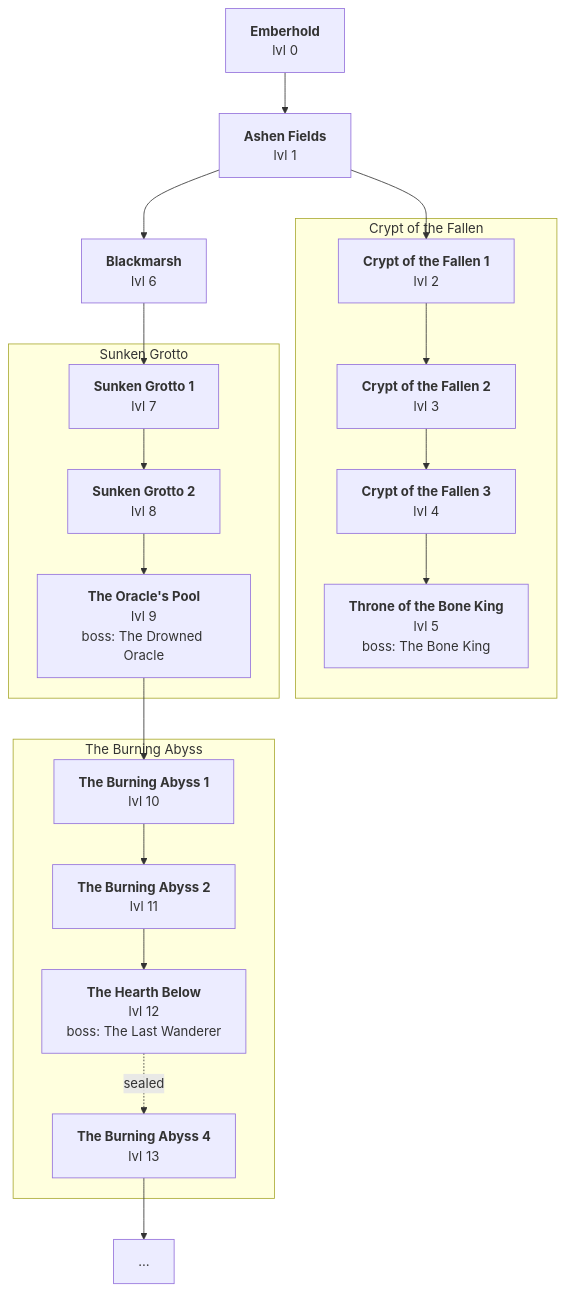
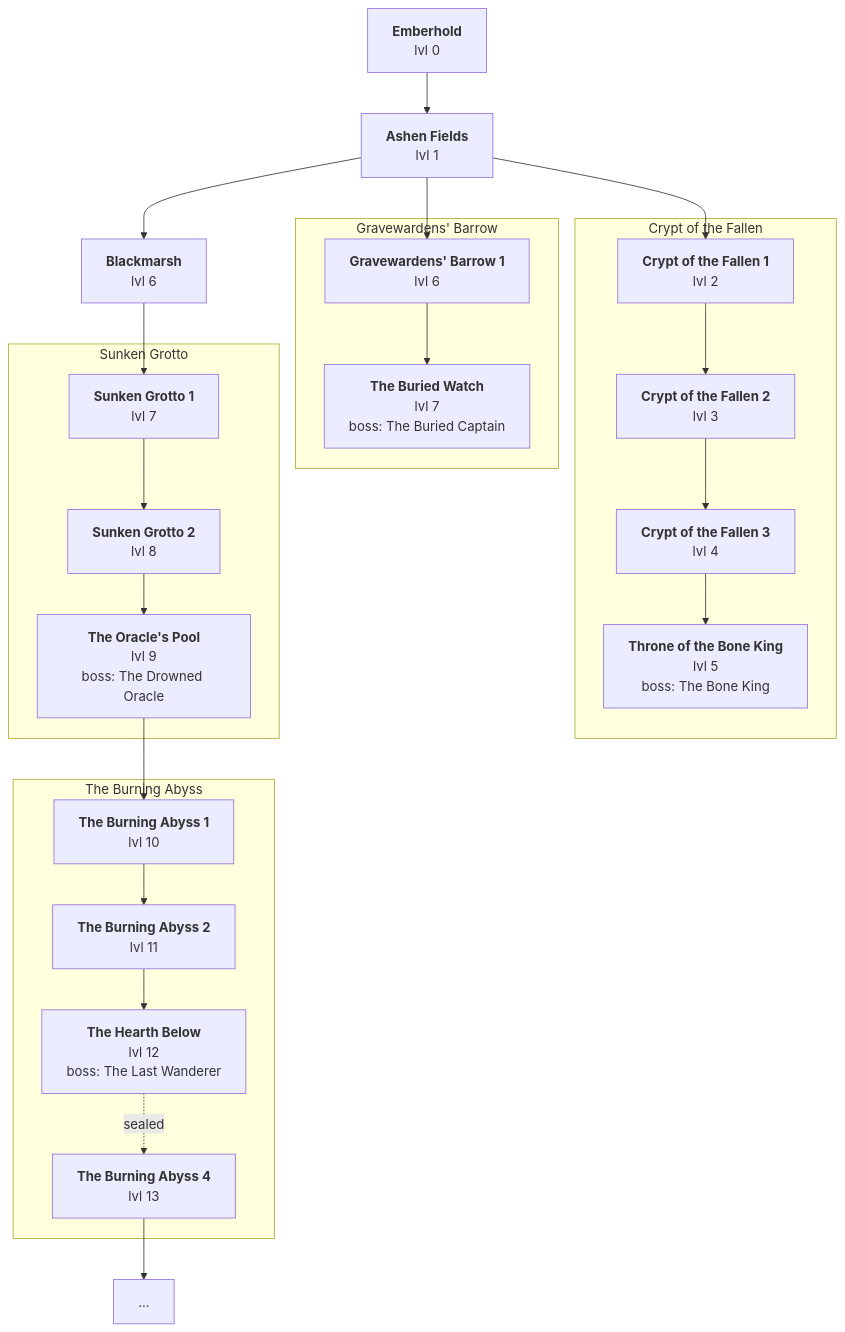
One commit to antonmedv/termablo changed the diagram in docs/world.md. Above: the diagram before and after it, drawn with Mermaid. The commit also changed 26 other files, not shown here.

First line of the commit message:
feat: the Gravewardens' Barrow, a side dungeon in the south fields

````diff
--- a/docs/world.md
+++ b/docs/world.md
@@ -5,37 +5,43 @@
 ```mermaid
 flowchart TD
     town["<b>Emberhold</b><br/>lvl 0"]
     fields["<b>Ashen Fields</b><br/>lvl 1"]
     marsh["<b>Blackmarsh</b><br/>lvl 6"]
     subgraph crypt [Crypt of the Fallen]
         crypt1["<b>Crypt of the Fallen 1</b><br/>lvl 2"]
         crypt2["<b>Crypt of the Fallen 2</b><br/>lvl 3"]
         crypt3["<b>Crypt of the Fallen 3</b><br/>lvl 4"]
         crypt4["<b>Throne of the Bone King</b><br/>lvl 5<br/>boss: The Bone King"]
+    end
+    subgraph barrow [Gravewardens' Barrow]
+        barrow1["<b>Gravewardens' Barrow 1</b><br/>lvl 6"]
+        barrow2["<b>The Buried Watch</b><br/>lvl 7<br/>boss: The Buried Captain"]
     end
     subgraph grotto [Sunken Grotto]
         grotto1["<b>Sunken Grotto 1</b><br/>lvl 7"]
         grotto2["<b>Sunken Grotto 2</b><br/>lvl 8"]
         grotto3["<b>The Oracle's Pool</b><br/>lvl 9<br/>boss: The Drowned Oracle"]
     end
     subgraph abyss [The Burning Abyss]
         abyss1["<b>The Burning Abyss 1</b><br/>lvl 10"]
         abyss2["<b>The Burning Abyss 2</b><br/>lvl 11"]
         abyss3["<b>The Hearth Below</b><br/>lvl 12<br/>boss: The Last Wanderer"]
         abyss4["<b>The Burning Abyss 4</b><br/>lvl 13"]
     end
     town --> fields
     fields --> crypt1
+    fields --> barrow1
     fields --> marsh
     crypt1 --> crypt2
+    barrow1 --> barrow2
     marsh --> grotto1
     crypt2 --> crypt3
     grotto1 --> grotto2
     crypt3 --> crypt4
     grotto2 --> grotto3
     grotto3 --> abyss1
     abyss1 --> abyss2
     abyss2 --> abyss3
     abyss3 -. sealed .-> abyss4
     abyss4 --> abyss4_more["…"]
 ```
````
